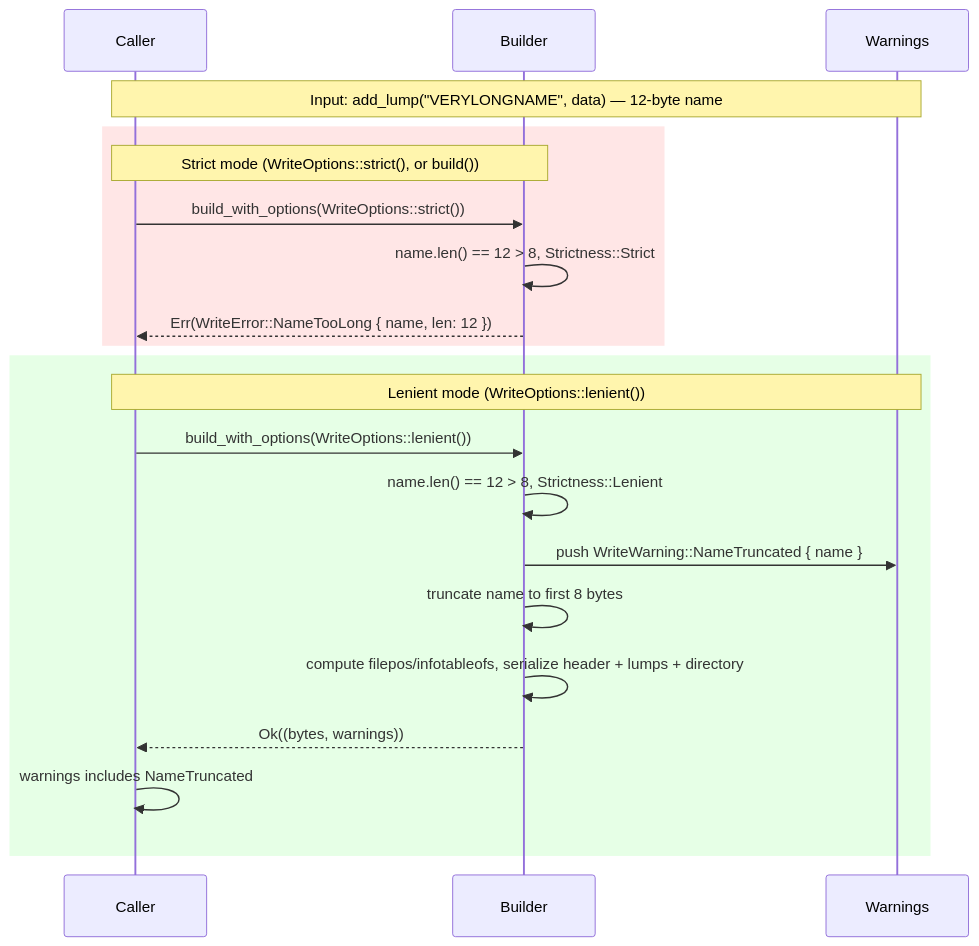
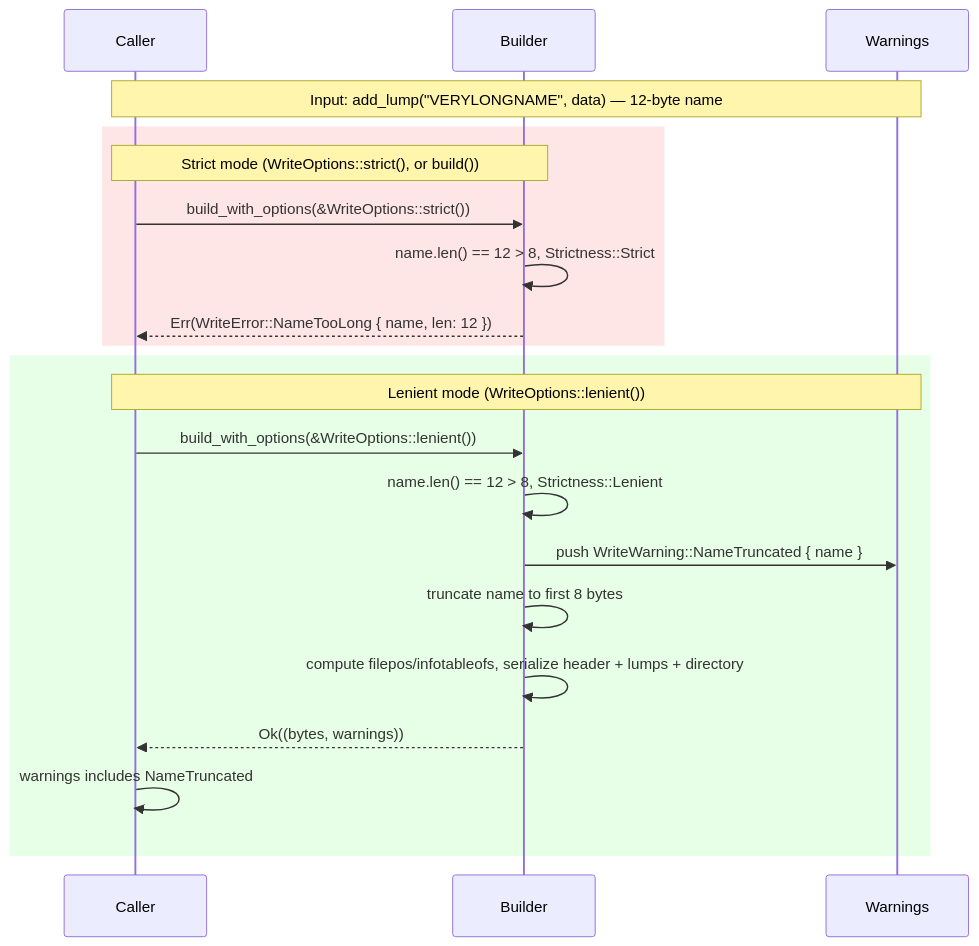
One commit to masriamir/crustywad changed the fourth of 5 diagrams in docs/diagrams/data-flow.md. Above: the diagram before and after it, drawn with Mermaid. The commit also changed other lines of this file and 1 other file, not shown here.

Commit message:
docs(diagrams): use &WriteOptions to match build_with_options signature

````diff
--- a/docs/diagrams/data-flow.md
+++ b/docs/diagrams/data-flow.md
@@ -166,26 +166,26 @@
 ```mermaid
 sequenceDiagram
     participant Caller
     participant Builder
     participant Warnings
 
     Note over Caller,Warnings: Input: add_lump("VERYLONGNAME", data) — 12-byte name
 
     rect rgb(255, 230, 230)
         Note over Caller,Builder: Strict mode (WriteOptions::strict(), or build())
-        Caller->>Builder: build_with_options(WriteOptions::strict())
+        Caller->>Builder: build_with_options(&WriteOptions::strict())
         Builder->>Builder: name.len() == 12 > 8, Strictness::Strict
         Builder-->>Caller: Err(WriteError::NameTooLong { name, len: 12 })
     end
 
     rect rgb(230, 255, 230)
         Note over Caller,Warnings: Lenient mode (WriteOptions::lenient())
-        Caller->>Builder: build_with_options(WriteOptions::lenient())
+        Caller->>Builder: build_with_options(&WriteOptions::lenient())
         Builder->>Builder: name.len() == 12 > 8, Strictness::Lenient
         Builder->>Warnings: push WriteWarning::NameTruncated { name }
         Builder->>Builder: truncate name to first 8 bytes
         Builder->>Builder: compute filepos/infotableofs, serialize header + lumps + directory
         Builder-->>Caller: Ok((bytes, warnings))
         Caller->>Caller: warnings includes NameTruncated
     end
 ```
````
